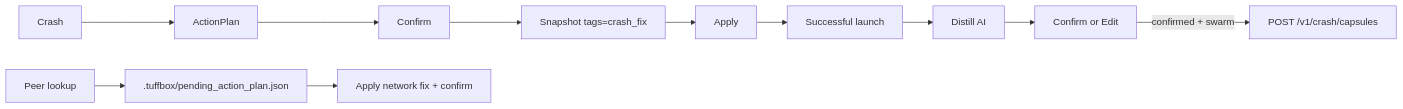
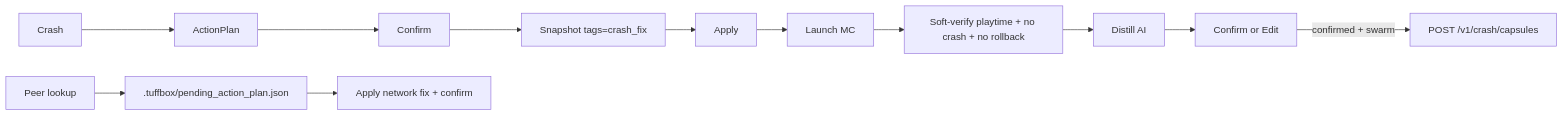
One commit to MFcrychelt/tuffbox changed the first of 2 diagrams in docs/13-tuffswarm-network.md. Above: the diagram before and after it, drawn with Mermaid. The commit also changed other lines of this file and 12 other files, not shown here.

First line of the commit message:
Add soft-verify playtime gate and weighted capsule trust UX.

````diff
--- a/docs/13-tuffswarm-network.md
+++ b/docs/13-tuffswarm-network.md
@@ -133,13 +133,14 @@
 ```mermaid
 flowchart LR
   crash[Crash] --> plan[ActionPlan]
   plan --> confirm[Confirm]
   confirm --> snap["Snapshot tags=crash_fix"]
   snap --> apply[Apply]
-  apply --> launch[Successful launch]
-  launch --> distill[Distill AI]
+  apply --> launch[Launch MC]
+  launch --> softVerify["Soft-verify playtime + no crash + no rollback"]
+  softVerify --> distill[Distill AI]
   distill --> review[Confirm or Edit]
   review -->|confirmed + swarm| capsule[POST /v1/crash/capsules]
   peer[Peer lookup] --> pending[".tuffbox/pending_action_plan.json"]
   pending --> applyNet[Apply network fix + confirm]
 ```
````
